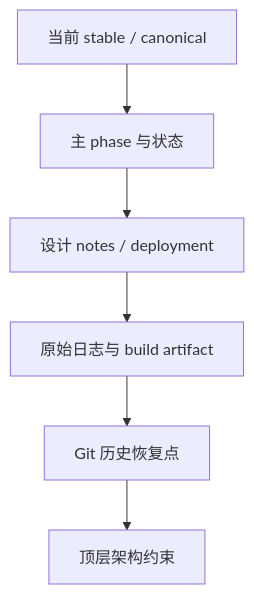
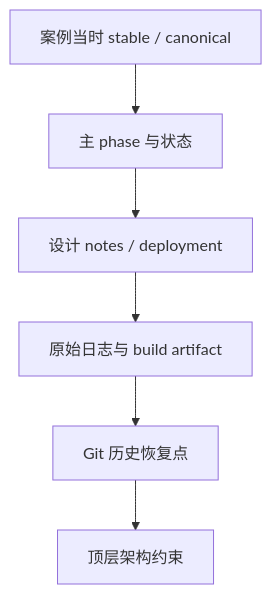
Before and after one commit to csy0225/pypto-project: the diagram in .claude/skills/pypto-whole-net-hang-debug/references/n1-evidence-index.md, drawn with Mermaid. The commit also changed other lines of this file and 40 other files, not shown here.

````diff
--- a/.claude/skills/pypto-whole-net-hang-debug/references/n1-evidence-index.md
+++ b/.claude/skills/pypto-whole-net-hang-debug/references/n1-evidence-index.md
@@ -8,8 +11,8 @@
 ```mermaid
 flowchart TB
-    A[当前 stable / canonical] --> B[主 phase 与状态]
+    A[案例当时 stable / canonical] --> B[主 phase 与状态]
     B --> C[设计 notes / deployment]
     C --> D[原始日志与 build artifact]
     D --> E[Git 历史恢复点]
     E --> F[顶层架构约束]
 ```
````
